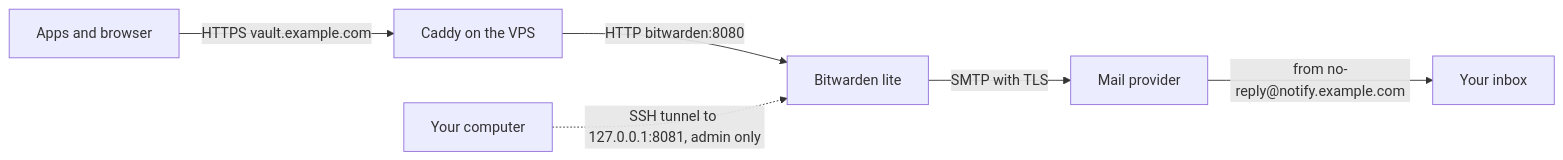
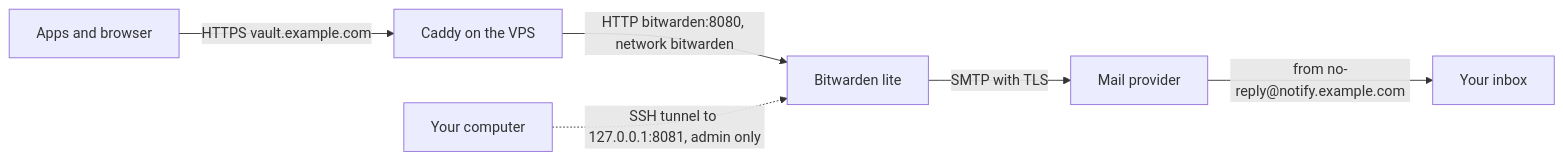
Before and after one commit to ebarooni/webfolio: the diagram in docs/setup-bitwarden.md, drawn with Mermaid. The commit also changed other lines of this file and 4 other files, not shown here.

Commit message:
docs(bitwarden): give Bitwarden its own Docker network

````diff
--- a/docs/setup-bitwarden.md
+++ b/docs/setup-bitwarden.md
@@ -20,8 +20,8 @@
 ```mermaid
 flowchart LR
     apps[Apps and browser] -- "HTTPS vault.example.com" --> caddy[Caddy on the VPS]
-    caddy -- "HTTP bitwarden:8080" --> bw[Bitwarden lite]
+    caddy -- "HTTP bitwarden:8080, network bitwarden" --> bw[Bitwarden lite]
     you[Your computer] -. "SSH tunnel to 127.0.0.1:8081, admin only" .-> bw
     bw -- "SMTP with TLS" --> mail[Mail provider]
     mail -- "from no-reply@notify.example.com" --> inbox[Your inbox]
 ```
````
